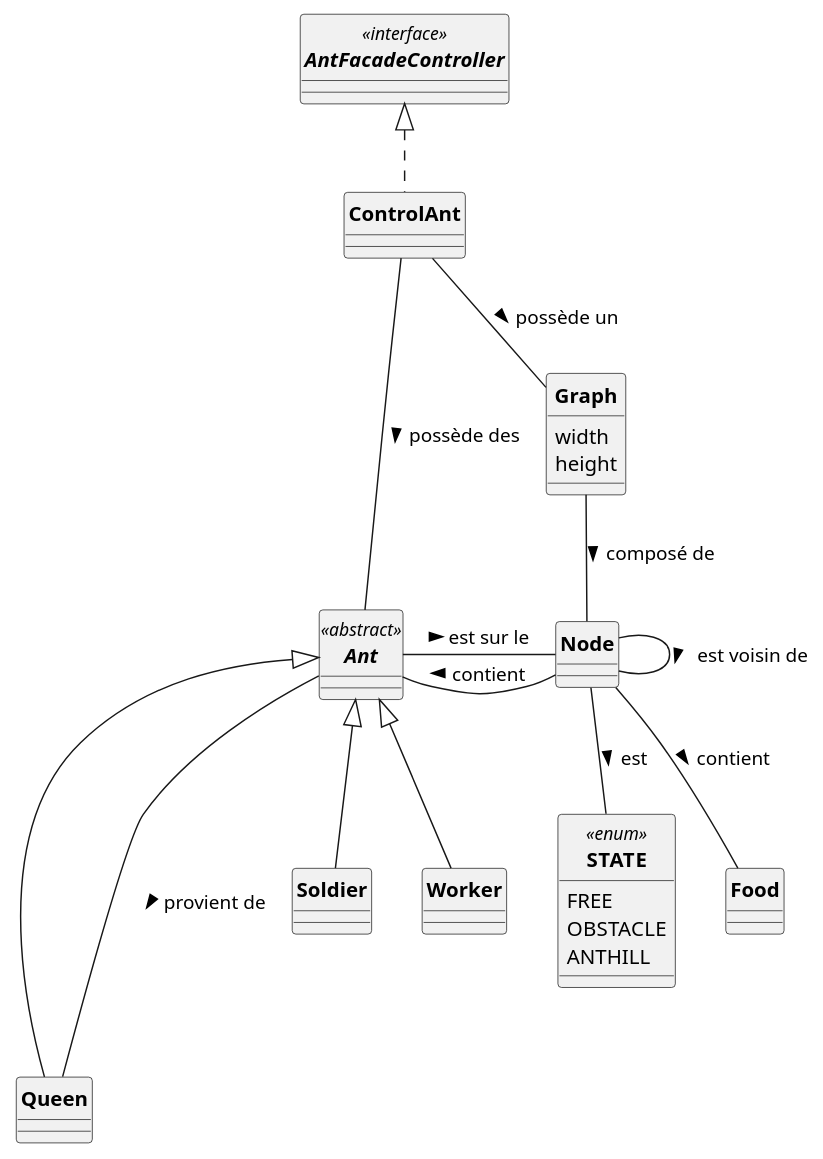
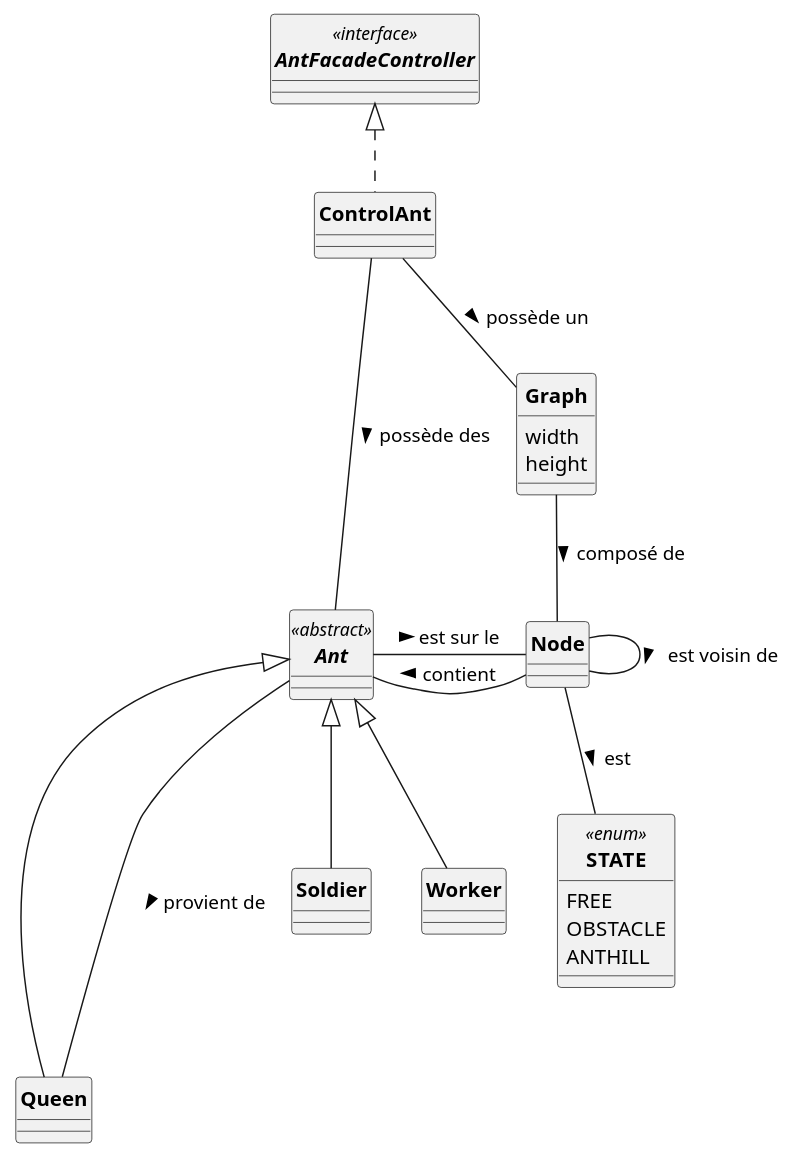
One commit to ErenMustafaGit/ColonieFourmis changed the diagram in src/main/uml/Fourmis_DCa.puml. Above: the diagram before and after it, drawn with PlantUML. The commit also changed 1 other file, not shown here.

```diff
--- a/src/main/uml/Fourmis_DCa.puml
+++ b/src/main/uml/Fourmis_DCa.puml
@@ -1,63 +1,61 @@
 @startuml
 'https://plantuml.com/sequence-diagram
 skinparam style strictuml
 skinparam classAttributeIconSize 0
 skinparam circledCharacterRadius 0
 skinparam circledCharacterFontSize 0
 skinparam classFontStyle Bold
 'autonumber
 
 
 interface AntFacadeController<<interface>>{
 
 }
 
 enum STATE <<enum>> {
     FREE
     OBSTACLE
     ANTHILL
 }
 
 
 class Graph {
      width
      height
 }
 class Node{
 }
 
-class Food{
-}
+
 
 abstract Ant <<abstract>>{
 
 }
 
 class Queen extends Ant{
 
 }
 
 class Soldier extends Ant{
 
 }
 
 class Worker extends Ant{
 }
 
 
 class ControlAnt implements AntFacadeController{
 
 }
 
 Node - Node : est voisin de >
 ControlAnt -- Graph : possède un >
 ControlAnt --- Ant : possède des >
 Graph -- Node : composé de >
 Ant  - Node : est sur le >
 Node --  STATE : est >
-Node -- Food : contient >
 Node - Ant : contient >
 
 Ant --- Queen : provient de >
 
 @enduml
```
